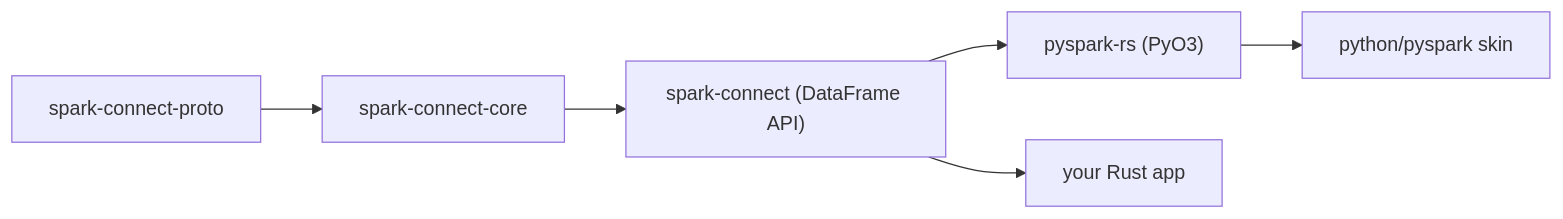
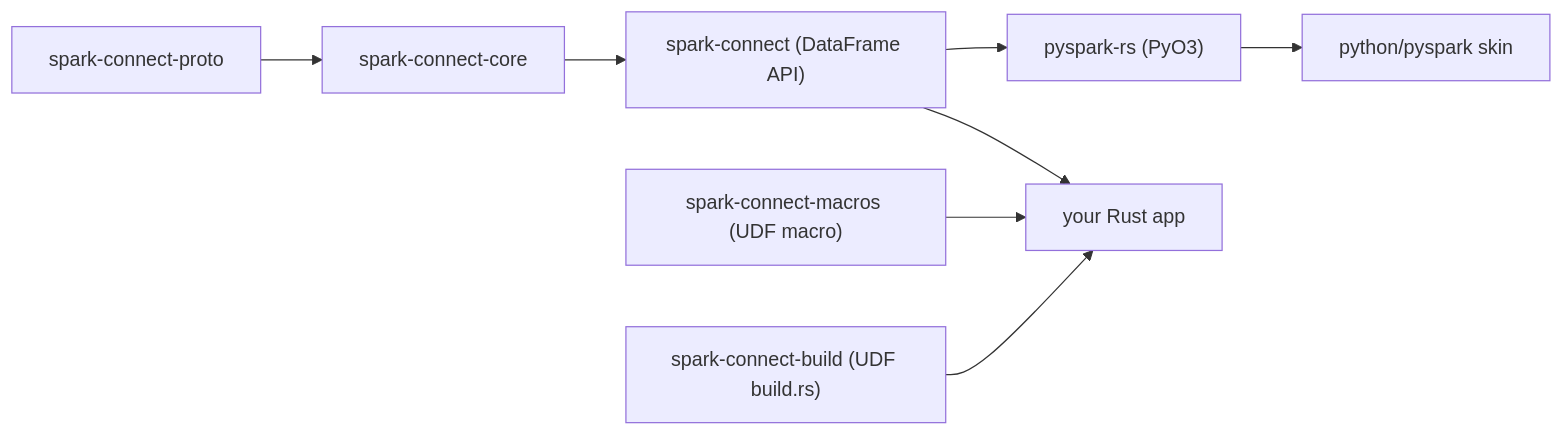
One commit to apache/spark-connect-rust changed the second of 4 diagrams in docs/architecture.md. Above: the diagram before and after it, drawn with Mermaid. The commit also changed other lines of this file and 34 other files, not shown here.

First line of the commit message:
[SPARK-61851][CONNECT][TESTS] Make the tests, the CI guards and the design docs consistent with the last 100 commits

````diff
--- a/docs/architecture.md
+++ b/docs/architecture.md
@@ -68,8 +70,10 @@
 ```mermaid
 flowchart LR
     PROTO["spark-connect-proto"] --> CORE["spark-connect-core"]
     CORE --> SC["spark-connect (DataFrame API)"]
     SC --> PYO3["pyspark-rs (PyO3)"]
     PYO3 --> SKIN["python/pyspark skin"]
     SC --> RUSTAPP["your Rust app"]
+    MACROS["spark-connect-macros (UDF macro)"] --> RUSTAPP
+    BUILD["spark-connect-build (UDF build.rs)"] --> RUSTAPP
 ```
````
